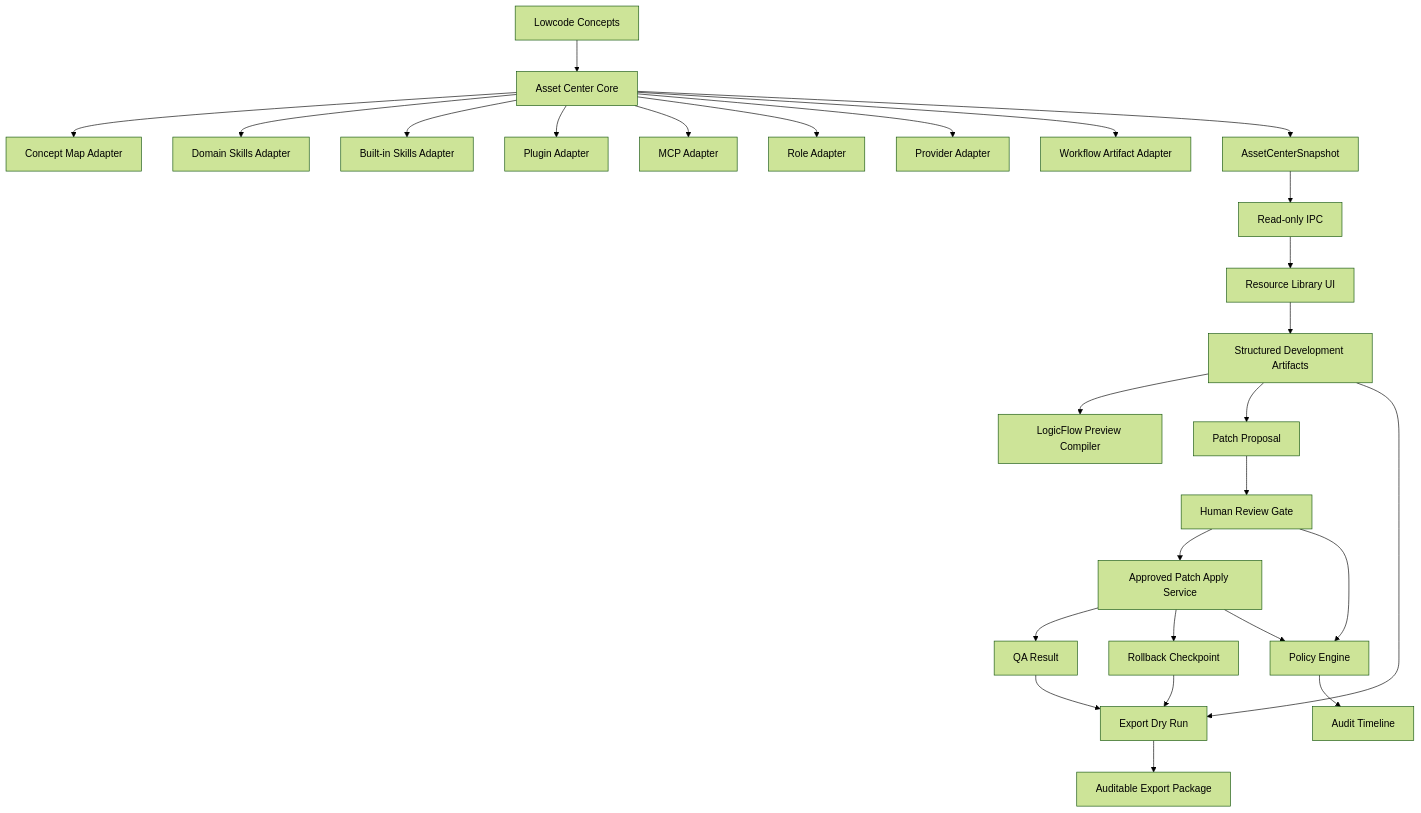
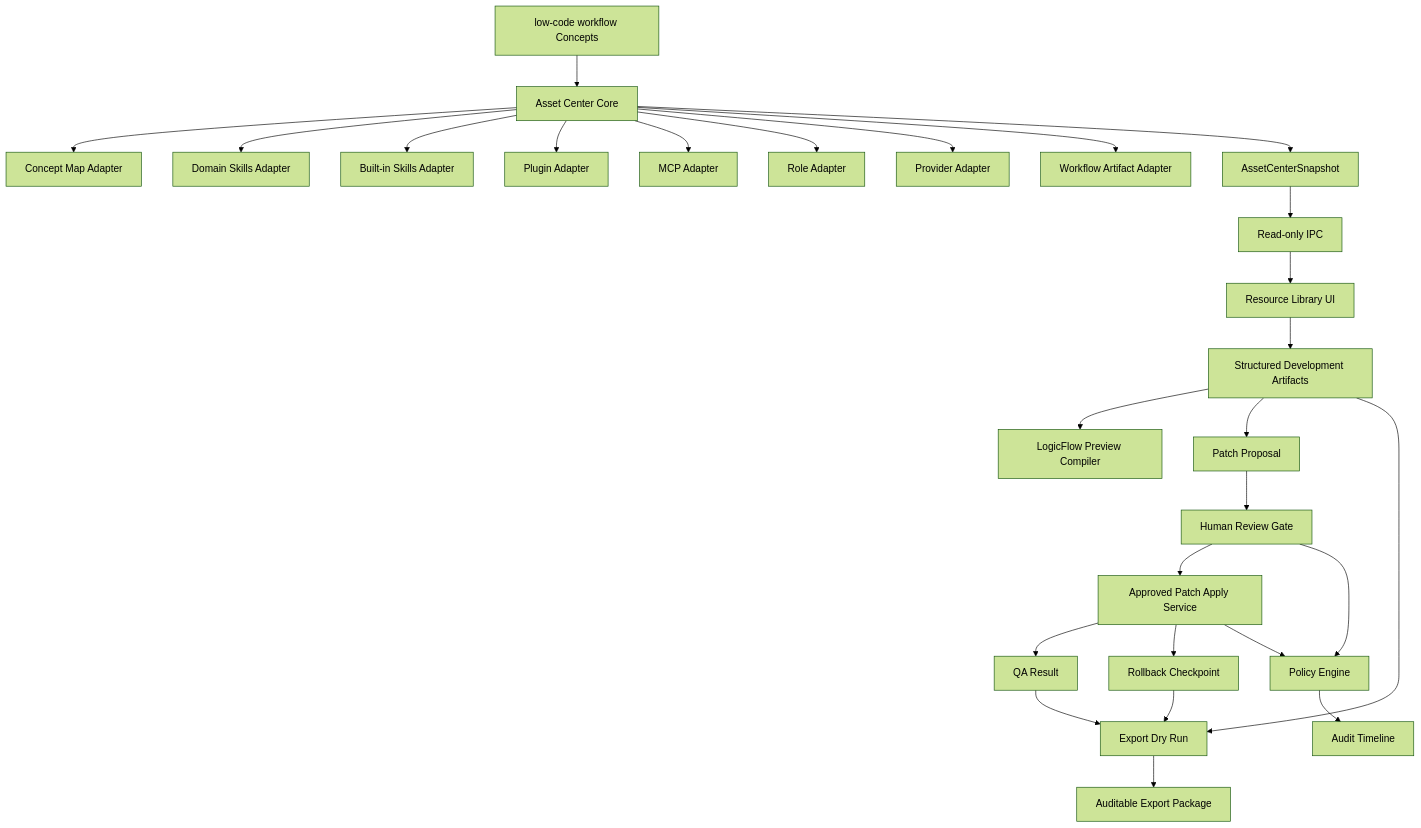
Before and after one commit to 957115488-dotcom/fishswarm: the diagram in docs/plans/2026-06-24-lowcode-fishswarm-comprehensive-development-plan.md, drawn with Mermaid (forest theme). The commit also changed other lines of this file and 23 other files, not shown here.

Commit message:
chore: sanitize low-code integration naming

```diff
--- a/docs/plans/2026-06-24-lowcode-fishswarm-comprehensive-development-plan.md
+++ b/docs/plans/2026-06-24-lowcode-fishswarm-comprehensive-development-plan.md
@@ -148,29 +148,29 @@
 ~~~mermaid
 flowchart TD
-  CW[Lowcode Concepts] --> AC[Asset Center Core]
+  CW[low-code workflow Concepts] --> AC[Asset Center Core]
   AC --> CM[Concept Map Adapter]
   AC --> DS[Domain Skills Adapter]
   AC --> SK[Built-in Skills Adapter]
   AC --> PL[Plugin Adapter]
   AC --> MCP[MCP Adapter]
   AC --> RO[Role Adapter]
   AC --> PR[Provider Adapter]
   AC --> WF[Workflow Artifact Adapter]
   AC --> SNAP[AssetCenterSnapshot]
   SNAP --> IPC[Read-only IPC]
   IPC --> UI[Resource Library UI]
   UI --> ART[Structured Development Artifacts]
   ART --> LF[LogicFlow Preview Compiler]
   ART --> PATCH[Patch Proposal]
   PATCH --> REVIEW[Human Review Gate]
   REVIEW --> APPLY[Approved Patch Apply Service]
   APPLY --> QA[QA Result]
   APPLY --> RB[Rollback Checkpoint]
   REVIEW --> POL[Policy Engine]
   APPLY --> POL
   POL --> AUD[Audit Timeline]
   ART --> EXP[Export Dry Run]
   QA --> EXP
   RB --> EXP
   EXP --> ZIP[Auditable Export Package]
 ~~~
```
